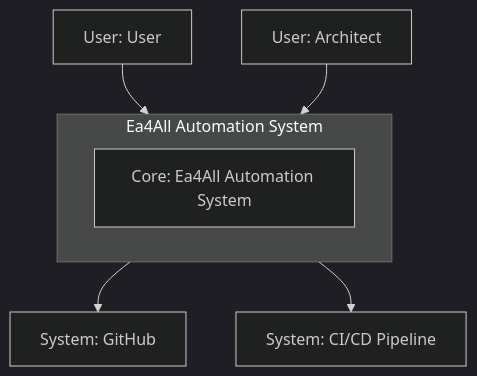
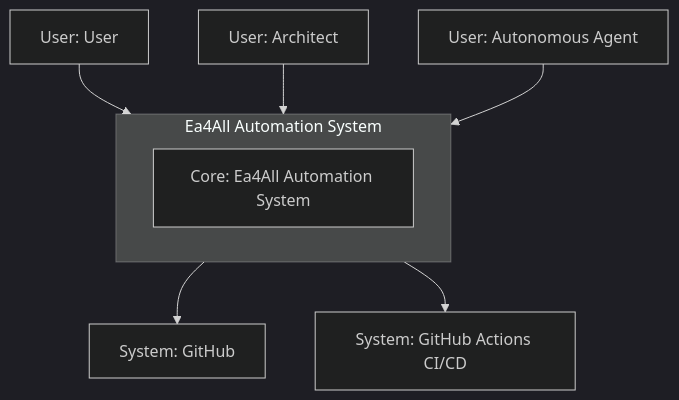
The diagram in projects/ea4all-automation/architecture-state/diagrams/system-context.mmd (cas-governance-portal/cas-governance-portal.github.io), drawn with Mermaid (dark theme) before and after one commit. The commit also changed 28 other files, not shown here.

```diff
--- a/projects/ea4all-automation/architecture-state/diagrams/system-context.mmd
+++ b/projects/ea4all-automation/architecture-state/diagrams/system-context.mmd
@@ -1,12 +1,14 @@
 flowchart TD
     subgraph SysBoundary["Ea4All Automation System"]
         CoreSys["Core: Ea4All Automation System"]
     end
     Actor0["User: User"]
     Actor1["User: Architect"]
+    Actor2["User: Autonomous Agent"]
     ExtSys0["System: GitHub"]
-    ExtSys1["System: CI/CD Pipeline"]
+    ExtSys1["System: GitHub Actions CI/CD"]
     Actor0 --> SysBoundary
     Actor1 --> SysBoundary
+    Actor2 --> SysBoundary
     SysBoundary --> ExtSys0
     SysBoundary --> ExtSys1
```
